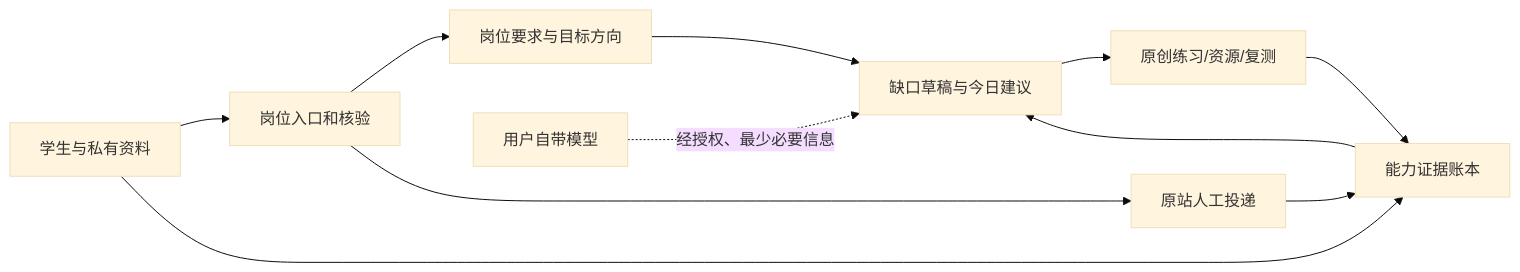
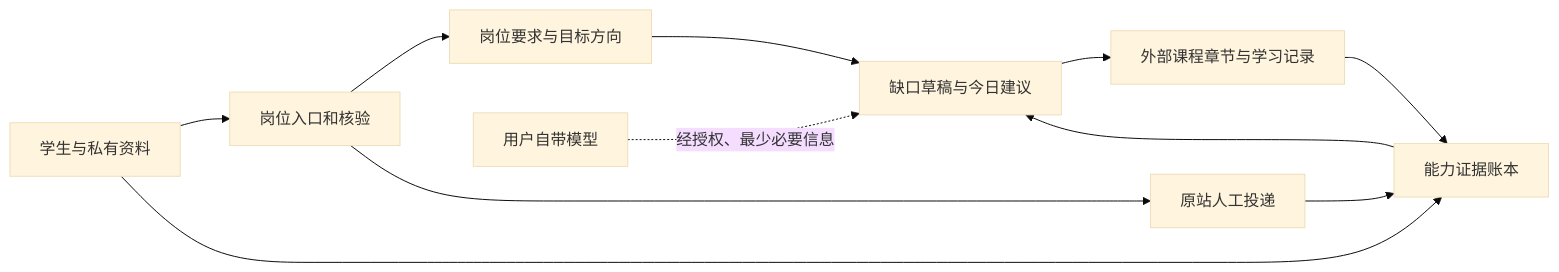
The diagram in docs/product/architecture.md (johnnyzhang-eng/career-workbench), drawn with Mermaid (base theme) before and after one commit. The commit also changed other lines of this file and 17 other files, not shown here.

````diff
--- a/docs/product/architecture.md
+++ b/docs/product/architecture.md
@@ -9,13 +9,13 @@
 ```mermaid
 flowchart LR
   A[学生与私有资料] --> B[岗位入口和核验]
   B --> C[岗位要求与目标方向]
   A --> D[能力证据账本]
   C --> E[缺口草稿与今日建议]
   D --> E
-  E --> F[原创练习/资源/复测]
+  E --> F[外部课程章节与学习记录]
   F --> D
   B --> G[原站人工投递]
   G --> D
   M[用户自带模型] -.经授权、最少必要信息.-> E
 ```
````
